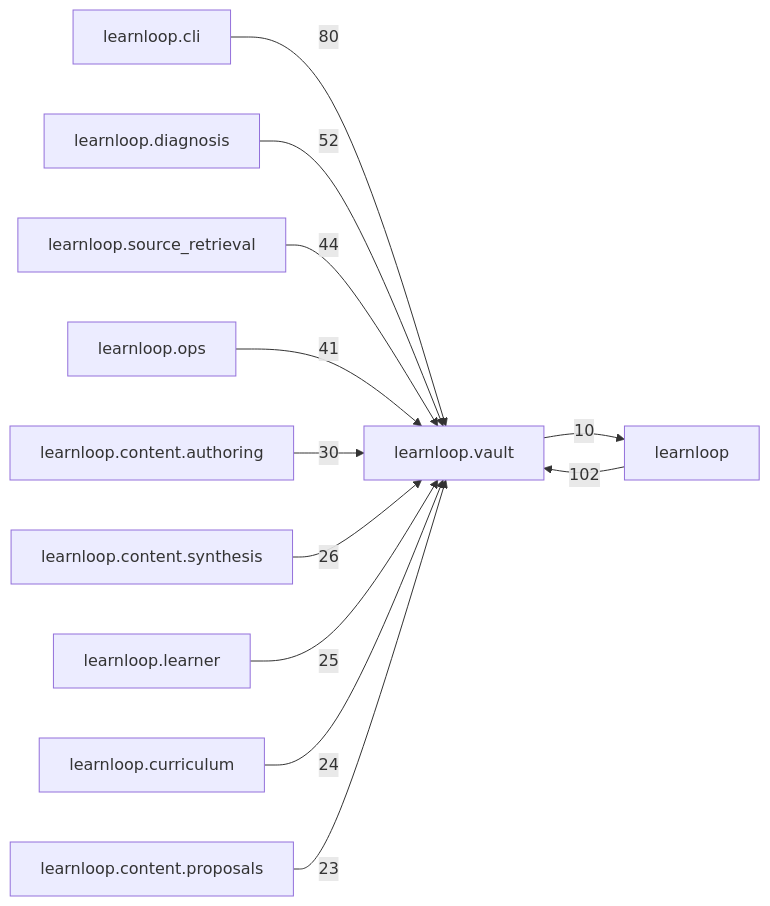
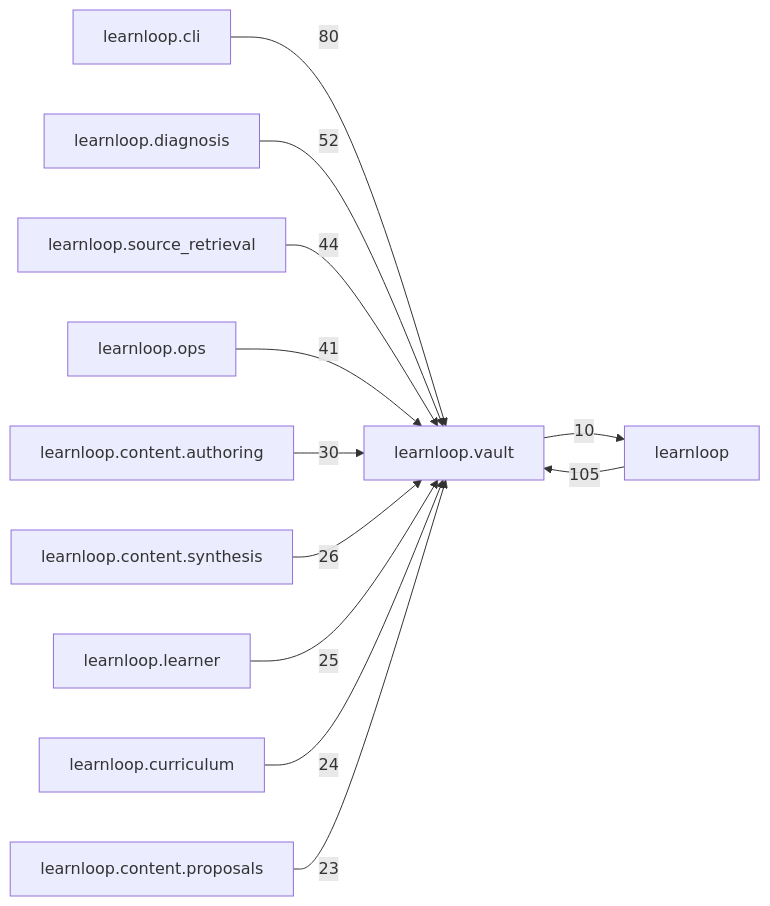
One commit to 6up-b/learnanything changed the diagram in docs/learnloop-architecture-vault/Reference/Modules/learnloop/vault/_package.md. Above: the diagram before and after it, drawn with Mermaid. The commit also changed other lines of this file and 62 other files, not shown here.

````diff
--- a/docs/learnloop-architecture-vault/Reference/Modules/learnloop/vault/_package.md
+++ b/docs/learnloop-architecture-vault/Reference/Modules/learnloop/vault/_package.md
@@ -139,25 +139,25 @@
 ```mermaid
 flowchart LR
     center["learnloop.vault"]
     n_learnloop["learnloop"]
     n_learnloop_cli["learnloop.cli"]
     n_learnloop_diagnosis["learnloop.diagnosis"]
     n_learnloop_source_retrieval["learnloop.source_retrieval"]
     n_learnloop_ops["learnloop.ops"]
     n_learnloop_content_authoring["learnloop.content.authoring"]
     n_learnloop_content_synthesis["learnloop.content.synthesis"]
     n_learnloop_learner["learnloop.learner"]
     n_learnloop_curriculum["learnloop.curriculum"]
     n_learnloop_content_proposals["learnloop.content.proposals"]
-    n_learnloop -->|102| center
+    n_learnloop -->|105| center
     center -->|10| n_learnloop
     n_learnloop_cli -->|80| center
     n_learnloop_diagnosis -->|52| center
     n_learnloop_source_retrieval -->|44| center
     n_learnloop_ops -->|41| center
     n_learnloop_content_authoring -->|30| center
     n_learnloop_content_synthesis -->|26| center
     n_learnloop_learner -->|25| center
     n_learnloop_curriculum -->|24| center
     n_learnloop_content_proposals -->|23| center
 ```
````
